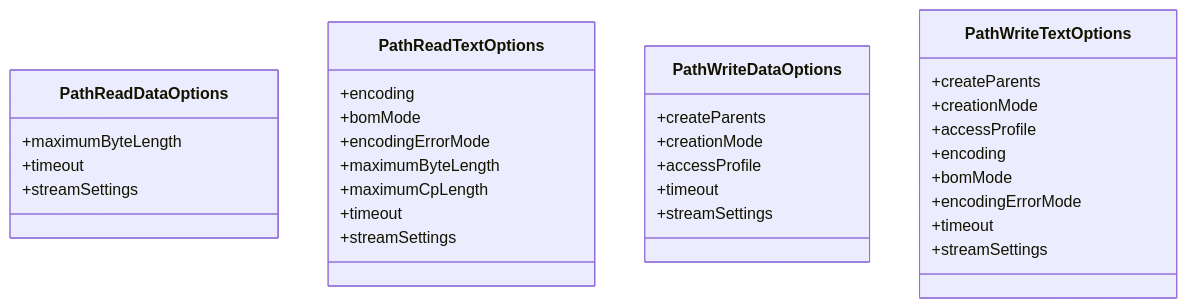
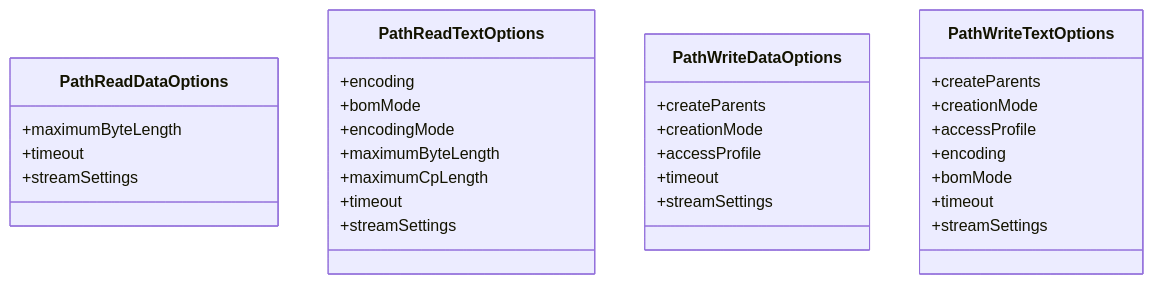
The second of 3 diagrams in doc/topics/stream/creating_streams.rst (erbsland-dev/erbsland-core), drawn with Mermaid before and after one commit. The commit also changed other lines of this file and 1622 other files, not shown here.

```diff
--- a/doc/topics/stream/creating_streams.rst
+++ b/doc/topics/stream/creating_streams.rst
@@ -179,34 +179,33 @@
 .. mermaid::
 
     classDiagram
         class PathReadDataOptions {
             +maximumByteLength
             +timeout
             +streamSettings
         }
         class PathReadTextOptions {
             +encoding
             +bomMode
-            +encodingErrorMode
+            +encodingMode
             +maximumByteLength
             +maximumCpLength
             +timeout
             +streamSettings
         }
         class PathWriteDataOptions {
             +createParents
             +creationMode
             +accessProfile
             +timeout
             +streamSettings
         }
         class PathWriteTextOptions {
             +createParents
             +creationMode
             +accessProfile
             +encoding
             +bomMode
-            +encodingErrorMode
             +timeout
             +streamSettings
         }
```
